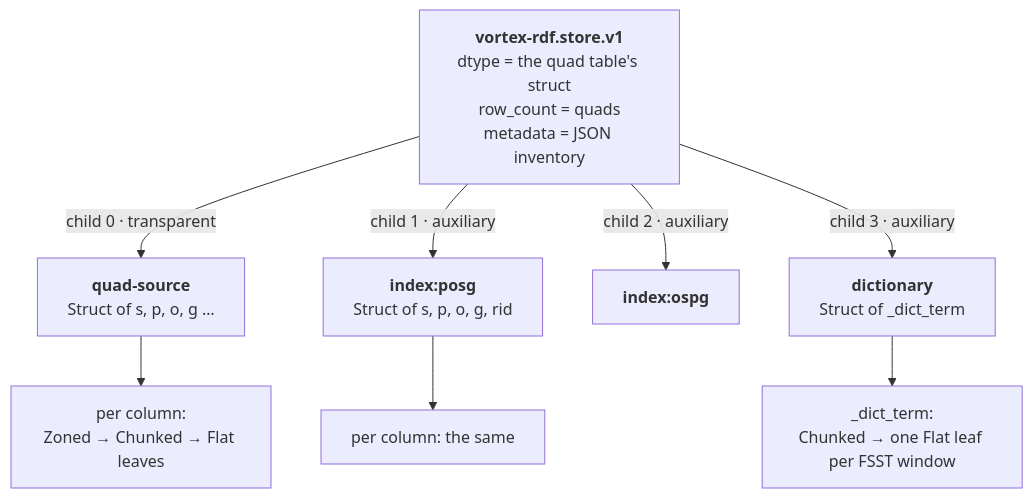
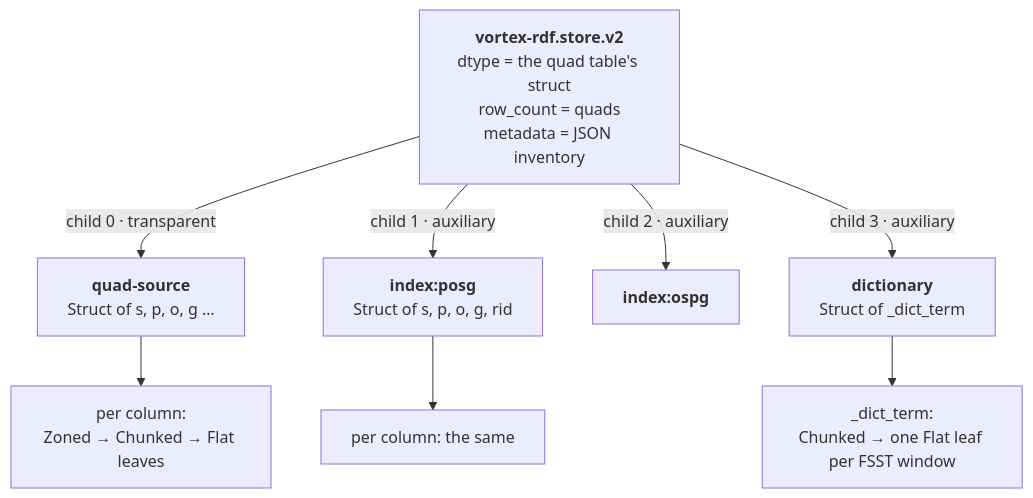
The diagram in docs/file-format.md (vortex-rdf/vortex-rdf), drawn with Mermaid before and after one commit. The commit also changed other lines of this file and 21 other files, not shown here.

````diff
--- a/docs/file-format.md
+++ b/docs/file-format.md
@@ -91,11 +105,11 @@
 ```mermaid
 flowchart TD
-    R["<b>vortex-rdf.store.v1</b><br/>dtype = the quad table's struct<br/>row_count = quads<br/>metadata = JSON inventory"]
+    R["<b>vortex-rdf.store.v2</b><br/>dtype = the quad table's struct<br/>row_count = quads<br/>metadata = JSON inventory"]
     R -- "child 0 · transparent" --> Q["<b>quad-source</b><br/>Struct of s, p, o, g …"]
     R -- "child 1 · auxiliary" --> I1["<b>index:posg</b><br/>Struct of s, p, o, g, rid"]
     R -- "child 2 · auxiliary" --> I2["<b>index:ospg</b>"]
     R -- "child 3 · auxiliary" --> D["<b>dictionary</b><br/>Struct of _dict_term"]
     Q --> QS["per column:<br/>Zoned → Chunked → Flat leaves"]
     I1 --> IS["per column: the same"]
     D --> DS["_dict_term:<br/>Chunked → one Flat leaf per FSST window"]
 ```
````
